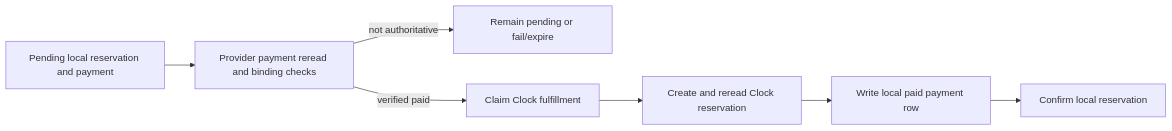
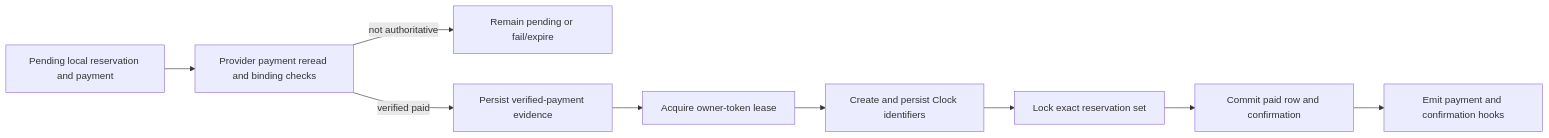
Before and after one commit to MUST-DEV-TEAM/must-hotel-booking: the diagram in docs/DOMAIN_LIFECYCLES.md, drawn with Mermaid. The commit also changed other lines of this file and 21 other files, not shown here.

Commit message:
fix: harden payment and Clock fulfillment integrity

````diff
--- a/docs/DOMAIN_LIFECYCLES.md
+++ b/docs/DOMAIN_LIFECYCLES.md
@@ -107,9 +107,11 @@
 ```mermaid
 flowchart LR
     A["Pending local reservation and payment"] --> B["Provider payment reread and binding checks"]
     B -->|"not authoritative"| C["Remain pending or fail/expire"]
-    B -->|"verified paid"| D["Claim Clock fulfillment"]
-    D --> E["Create and reread Clock reservation"]
-    E --> F["Write local paid payment row"]
-    F --> G["Confirm local reservation"]
+    B -->|"verified paid"| D["Persist verified-payment evidence"]
+    D --> E["Acquire owner-token lease"]
+    E --> H["Create and persist Clock identifiers"]
+    H --> I["Lock exact reservation set"]
+    I --> F["Commit paid row and confirmation"]
+    F --> G["Emit payment and confirmation hooks"]
 ```
````
